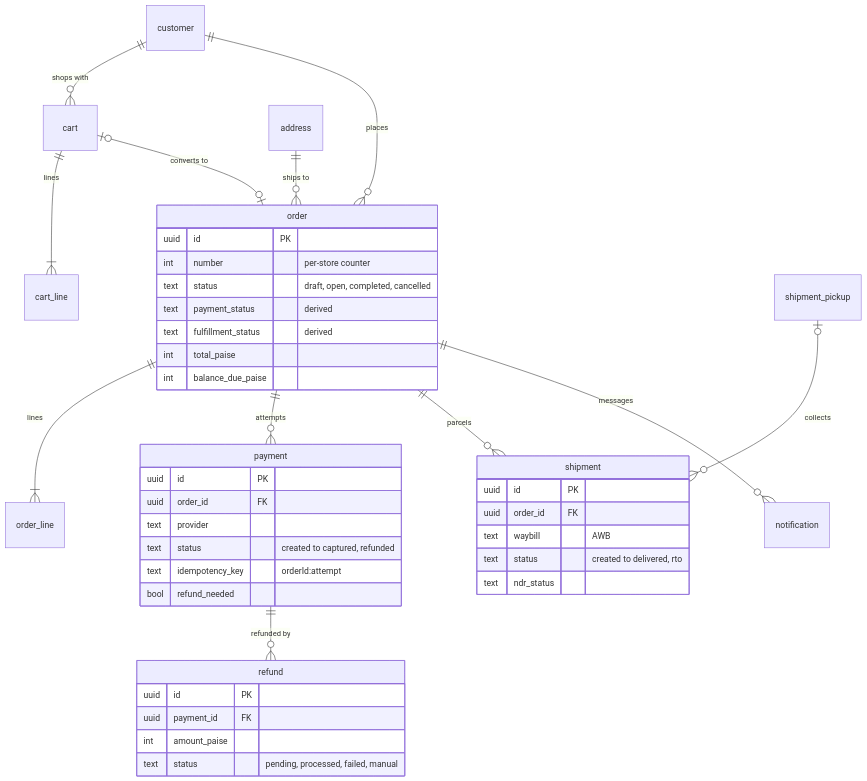
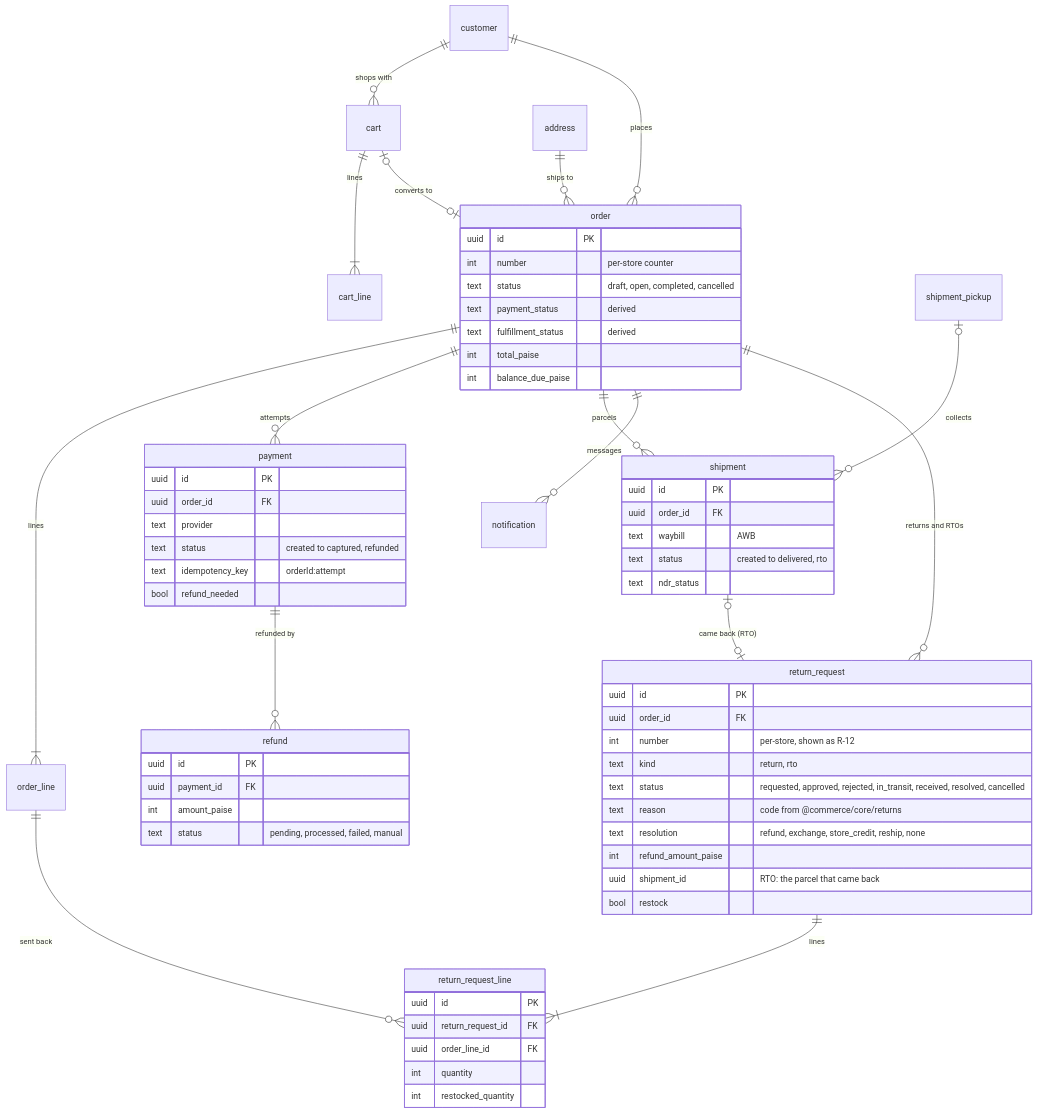
The first of 3 diagrams in apps/docs/content/developer-docs/building/data-model.mdx (Viora-Tech/e-commerce), drawn with Mermaid before and after one commit. The commit also changed other lines of this file and 61 other files, not shown here.

First line of the commit message:
feat(returns): admin Returns pages, RTO tab, storefront return request, settings, emails and docs

````diff
--- a/apps/docs/content/developer-docs/building/data-model.mdx
+++ b/apps/docs/content/developer-docs/building/data-model.mdx
@@ -22,45 +22,68 @@
 ```mermaid
 erDiagram
   customer ||--o{ cart : "shops with"
   cart ||--|{ cart_line : "lines"
   customer ||--o{ order : "places"
   cart |o--o| order : "converts to"
   address ||--o{ order : "ships to"
   order ||--|{ order_line : "lines"
   order ||--o{ payment : "attempts"
   payment ||--o{ refund : "refunded by"
   order ||--o{ shipment : "parcels"
   shipment_pickup |o--o{ shipment : "collects"
   order ||--o{ notification : "messages"
+  order ||--o{ return_request : "returns and RTOs"
+  return_request ||--|{ return_request_line : "lines"
+  order_line ||--o{ return_request_line : "sent back"
+  shipment |o--o| return_request : "came back (RTO)"
 
   order {
     uuid id PK
     int number "per-store counter"
     text status "draft, open, completed, cancelled"
     text payment_status "derived"
     text fulfillment_status "derived"
     int total_paise
     int balance_due_paise
   }
   payment {
     uuid id PK
     uuid order_id FK
     text provider
     text status "created to captured, refunded"
     text idempotency_key "orderId:attempt"
     bool refund_needed
   }
   shipment {
     uuid id PK
     uuid order_id FK
     text waybill "AWB"
     text status "created to delivered, rto"
     text ndr_status
   }
   refund {
     uuid id PK
     uuid payment_id FK
     int amount_paise
     text status "pending, processed, failed, manual"
   }
+  return_request {
+    uuid id PK
+    uuid order_id FK
+    int number "per-store, shown as R-12"
+    text kind "return, rto"
+    text status "requested, approved, rejected, in_transit, received, resolved, cancelled"
+    text reason "code from @commerce/core/returns"
+    text resolution "refund, exchange, store_credit, reship, none"
+    int refund_amount_paise
+    uuid shipment_id "RTO: the parcel that came back"
+    bool restock
+  }
+  return_request_line {
+    uuid id PK
+    uuid return_request_id FK
+    uuid order_line_id FK
+    int quantity
+    int restocked_quantity
+  }
 ```
````
